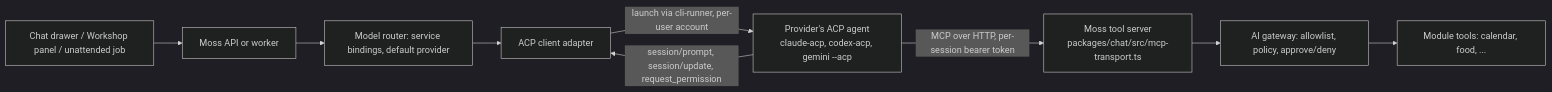
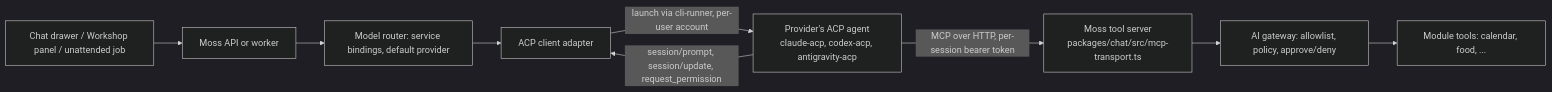
Before and after one commit to motioneso/moss: the diagram in docs/superpowers/specs/2026-09-06-acp-client-design.md, drawn with Mermaid (dark theme). The commit also changed other lines of this file, not shown here.

First line of the commit message:
docs(acp): fold in Scout's adapter checks (Claude model option, agy login)

````diff
--- a/docs/superpowers/specs/2026-09-06-acp-client-design.md
+++ b/docs/superpowers/specs/2026-09-06-acp-client-design.md
@@ -95,11 +95,11 @@
 ```mermaid
 flowchart LR
   UI[Chat drawer / Workshop panel / unattended job] --> Moss[Moss API or worker]
   Moss --> Router[Model router: service bindings, default provider]
   Router --> Adapter[ACP client adapter]
-  Adapter -- launch via cli-runner, per-user account --> Agent[Provider's ACP agent<br/>claude-acp, codex-acp, gemini --acp]
+  Adapter -- launch via cli-runner, per-user account --> Agent[Provider's ACP agent<br/>claude-acp, codex-acp, antigravity-acp]
   Agent -- session/prompt, session/update, request_permission --> Adapter
   Agent -- MCP over HTTP, per-session bearer token --> Tools[Moss tool server<br/>packages/chat/src/mcp-transport.ts]
   Tools --> Gateway[AI gateway: allowlist, policy, approve/deny]
   Gateway --> Modules[Module tools: calendar, food, ...]
 ```
````
